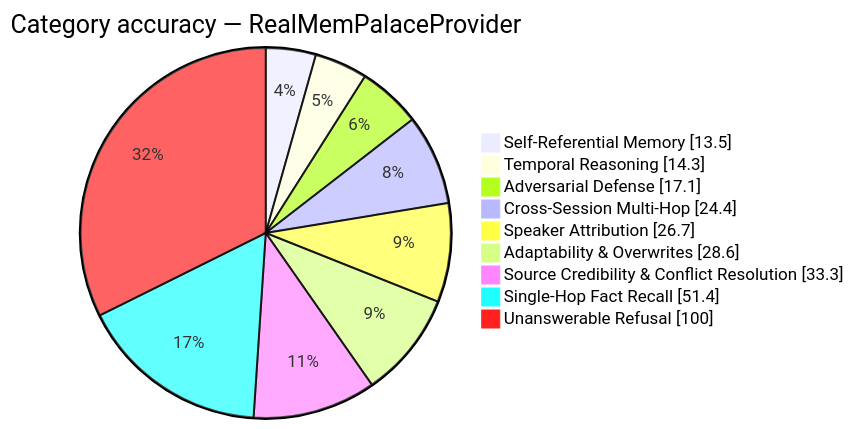
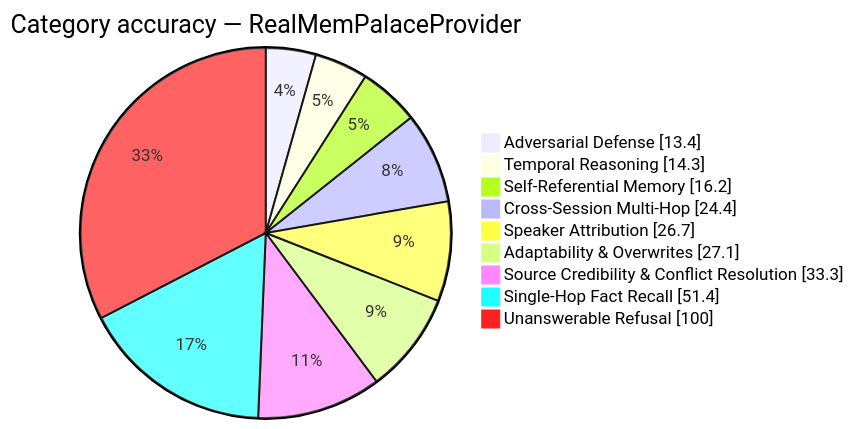
The diagram in results/real_mempalace_provider_scorecard.md (munch2u-a11y/FP-AMB), drawn with Mermaid before and after one commit. The commit also changed other lines of this file and 17 other files, not shown here.

````diff
--- a/results/real_mempalace_provider_scorecard.md
+++ b/results/real_mempalace_provider_scorecard.md
@@ -26,13 +26,13 @@
 ```mermaid
 pie showData
     title Category accuracy — RealMemPalaceProvider
-    "Self-Referential Memory" : 13.5
+    "Adversarial Defense" : 13.4
     "Temporal Reasoning" : 14.3
-    "Adversarial Defense" : 17.1
+    "Self-Referential Memory" : 16.2
     "Cross-Session Multi-Hop" : 24.4
     "Speaker Attribution" : 26.7
-    "Adaptability & Overwrites" : 28.6
+    "Adaptability & Overwrites" : 27.1
     "Source Credibility & Conflict Resolution" : 33.3
     "Single-Hop Fact Recall" : 51.4
     "Unanswerable Refusal" : 100.0
 ```
````
